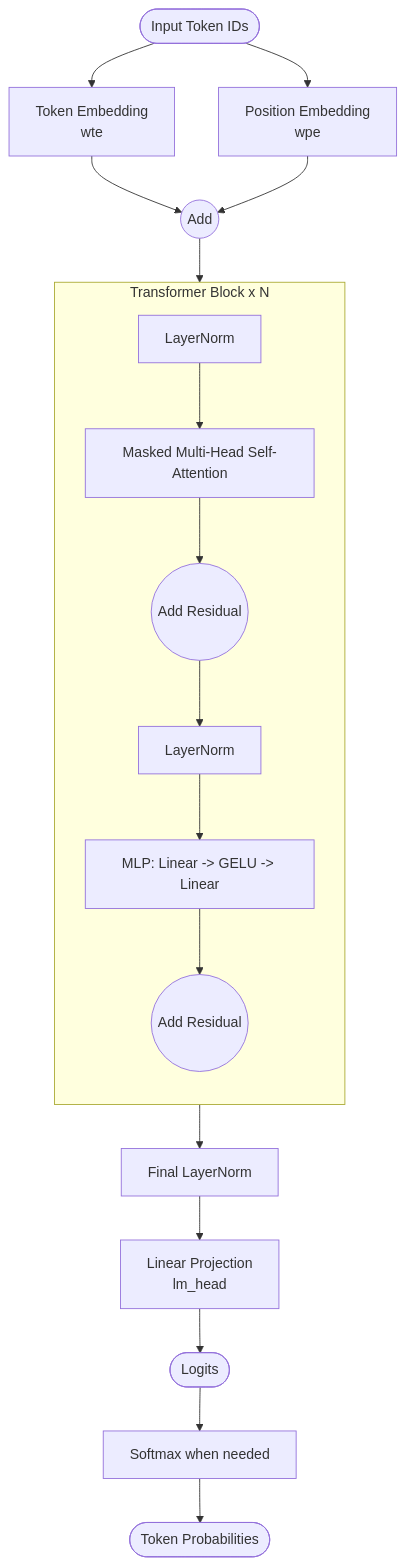
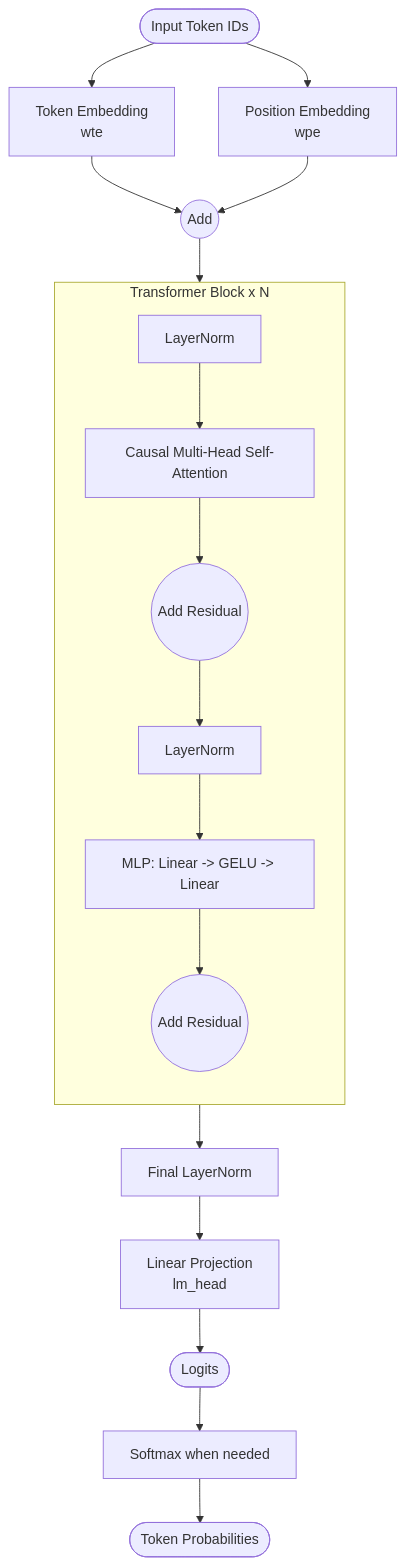
The first of 2 diagrams in gpt2-vs-microgpt.md (KEINOS/go-microgpt), drawn with Mermaid before and after one commit. The commit also changed other lines of this file and 1 other file, not shown here.

Commit message:
refactor: refine causal masking docs and unify K/V cache wording

````diff
--- a/gpt2-vs-microgpt.md
+++ b/gpt2-vs-microgpt.md
@@ -55,24 +38,24 @@
 ```mermaid
 flowchart TB
     IN([Input Token IDs]) --> WTE[Token Embedding\nwte]
     IN --> WPE[Position Embedding\nwpe]
     WTE --> ADD0((Add))
     WPE --> ADD0
 
     ADD0 --> BLK
 
     subgraph BLK[Transformer Block x N]
         direction TB
-        LN1[LayerNorm] --> ATTN[Masked Multi-Head Self-Attention]
+        LN1[LayerNorm] --> ATTN[Causal Multi-Head Self-Attention]
         ATTN --> ADD1((Add Residual))
         ADD1 --> LN2[LayerNorm]
         LN2 --> MLP[MLP: Linear -> GELU -> Linear]
         MLP --> ADD2((Add Residual))
     end
 
     ADD2 --> FLN[Final LayerNorm]
     FLN --> HEAD[Linear Projection\nlm_head]
     HEAD --> LOGITS([Logits])
     LOGITS --> SMX[Softmax when needed]
     SMX --> OUT([Token Probabilities])
 ```
````
